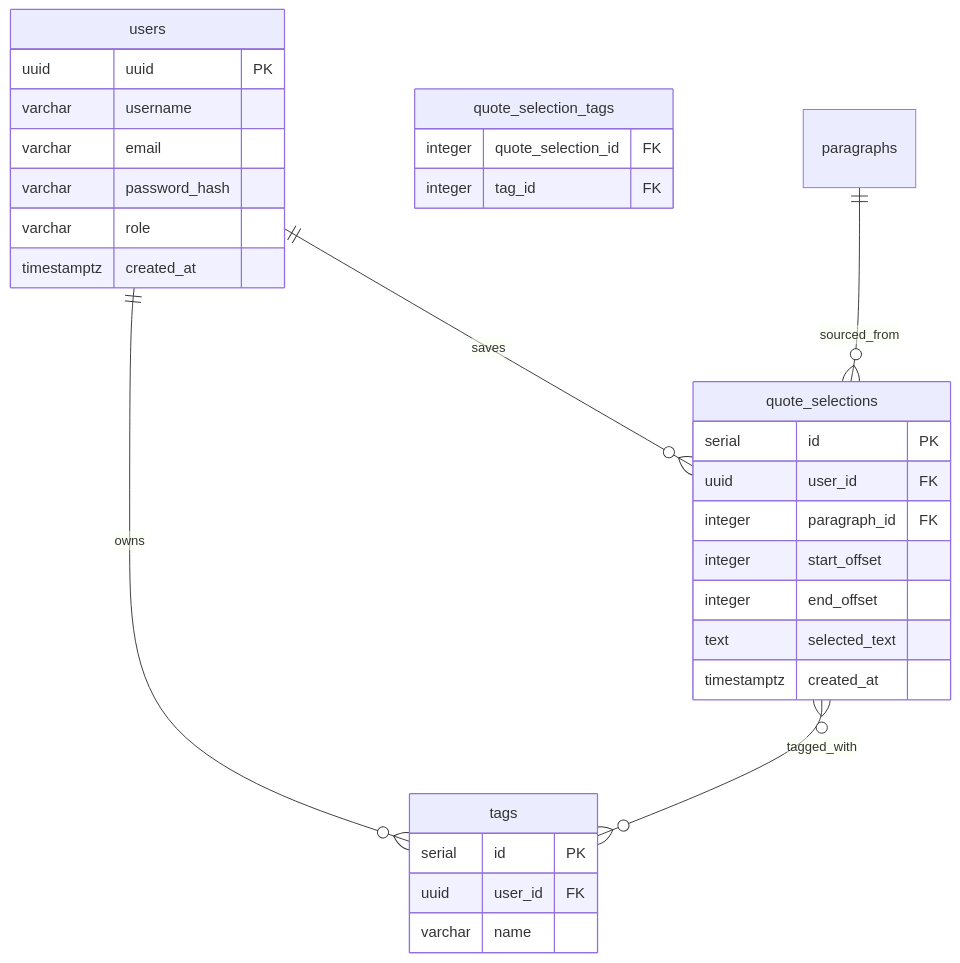
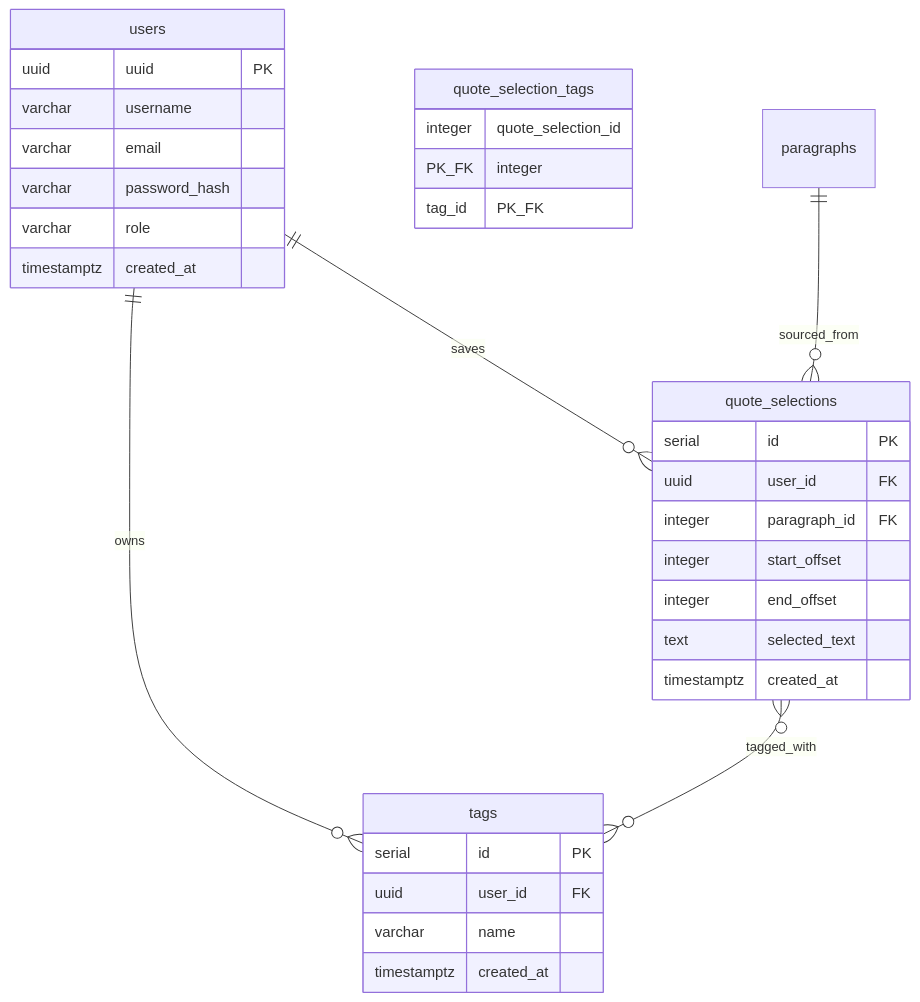
One commit to ChloeDelphis/proust-club changed the second of 2 diagrams in docs/architecture/data-model.md. Above: the diagram before and after it, drawn with Mermaid. The commit also changed other lines of this file and 1 other file, not shown here.

Commit message:
docs: document quote-save-tags feature and update data model

````diff
--- a/docs/architecture/data-model.md
+++ b/docs/architecture/data-model.md
@@ -62,37 +62,38 @@
 ```mermaid
 erDiagram
     users {
         uuid    uuid PK
         varchar username
         varchar email
         varchar password_hash
         varchar role
         timestamptz created_at
     }
 
     quote_selections {
         serial  id PK
         uuid    user_id FK
         integer paragraph_id FK
         integer start_offset
         integer end_offset
         text    selected_text
         timestamptz created_at
     }
 
     tags {
         serial  id PK
         uuid    user_id FK
         varchar name
+        timestamptz created_at
     }
 
     quote_selection_tags {
-        integer quote_selection_id FK
-        integer tag_id FK
+        integer quote_selection_id PK_FK
+        integer tag_id PK_FK
     }
 
     users          ||--o{ quote_selections     : saves
     paragraphs     ||--o{ quote_selections     : sourced_from
     users          ||--o{ tags                 : owns
     quote_selections }o--o{ tags               : tagged_with
 ```
````
